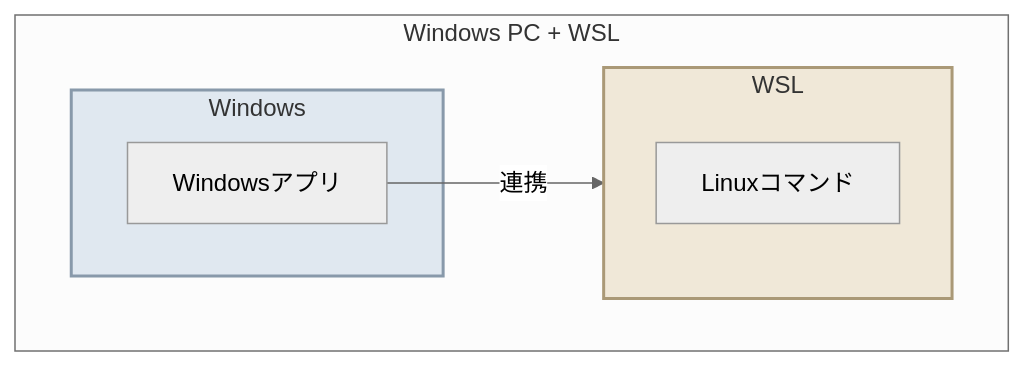
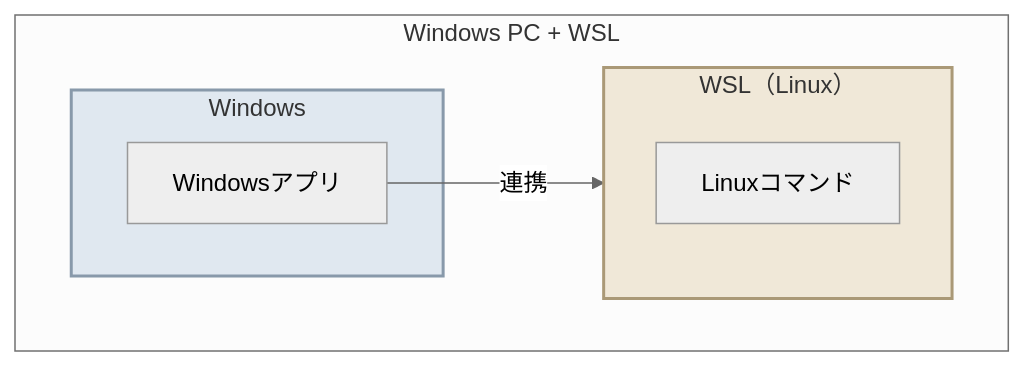
The second of 8 diagrams in docs/wsl-overview.md (nohara-kengo/vscode-extensions-setup), drawn with Mermaid (neutral theme) before and after one commit. The commit also changed other lines of this file, not shown here.

````diff
--- a/docs/wsl-overview.md
+++ b/docs/wsl-overview.md
@@ -54,15 +55,15 @@
 ```mermaid
 flowchart TB
   subgraph PC["Windows PC + WSL"]
     subgraph WIN["Windows"]
       WApp["Windowsアプリ"]
     end
-    subgraph WSL["WSL"]
+    subgraph WSL["WSL（Linux）"]
       LApp["Linuxコマンド"]
     end
     WApp -- 連携 --> WSL
   end
 
   style WIN fill:#e0e8f0,stroke:#8899aa,stroke-width:2px
   style WSL fill:#f0e8d8,stroke:#aa9977,stroke-width:2px
 ```
````
